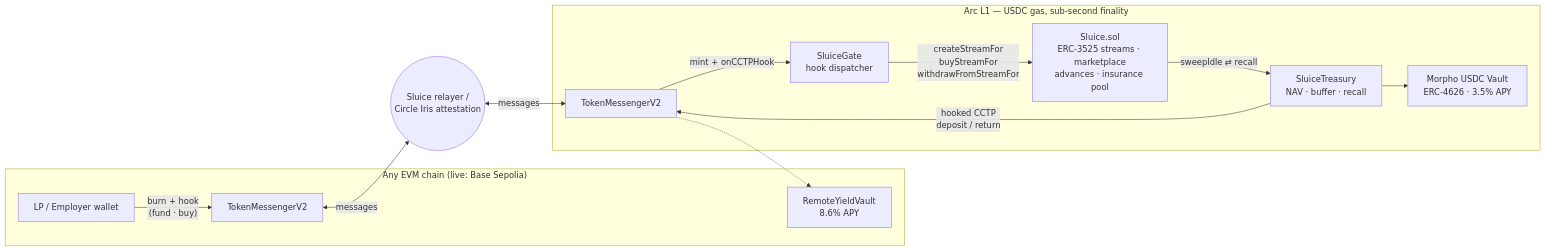
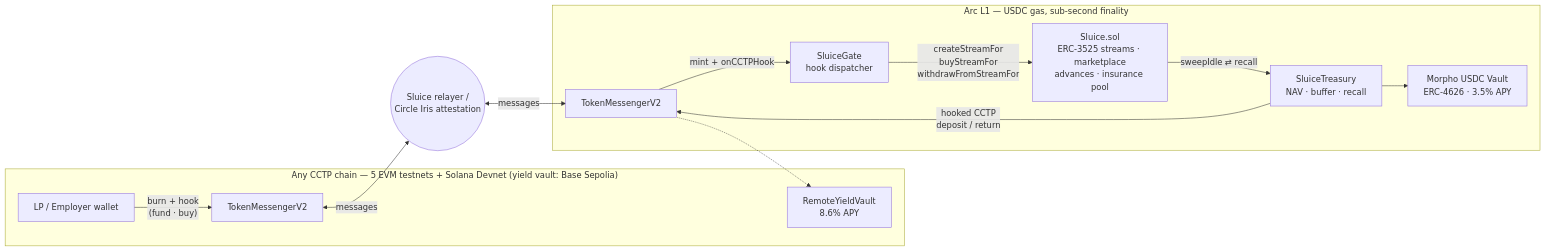
One commit to mrnetwork0001/Sluice changed the diagram in README.md. Above: the diagram before and after it, drawn with Mermaid. The commit also changed other lines of this file, not shown here.

First line of the commit message:
README: the cross-chain matrix as it now runs in production

````diff
--- a/README.md
+++ b/README.md
@@ -135,28 +138,28 @@
 ```mermaid
 flowchart LR
-    subgraph Base["Any EVM chain (live: Base Sepolia)"]
+    subgraph Base["Any CCTP chain — 5 EVM testnets + Solana Devnet (yield vault: Base Sepolia)"]
         LP[LP / Employer wallet]
         MB[TokenMessengerV2]
         RV[RemoteYieldVault<br/>8.6% APY]
     end
 
     subgraph Arc["Arc L1 — USDC gas, sub-second finality"]
         MA[TokenMessengerV2]
         GATE[SluiceGate<br/>hook dispatcher]
         SLUICE[Sluice.sol<br/>ERC-3525 streams · marketplace<br/>advances · insurance pool]
         TRES[SluiceTreasury<br/>NAV · buffer · recall]
         AMM[Morpho USDC Vault<br/>ERC-4626 · 3.5% APY]
     end
 
     REL((Sluice relayer /<br/>Circle Iris attestation))
 
     LP -- "burn + hook<br/>(fund · buy)" --> MB
     MB <-- messages --> REL
     REL <-- messages --> MA
     MA -- "mint + onCCTPHook" --> GATE
     GATE -- "createStreamFor<br/>buyStreamFor<br/>withdrawFromStreamFor" --> SLUICE
     SLUICE -- "sweepIdle ⇄ recall" --> TRES
     TRES --> AMM
     TRES -- "hooked CCTP<br/>deposit / return" --> MA
     MA -.-> RV
 ```
````
